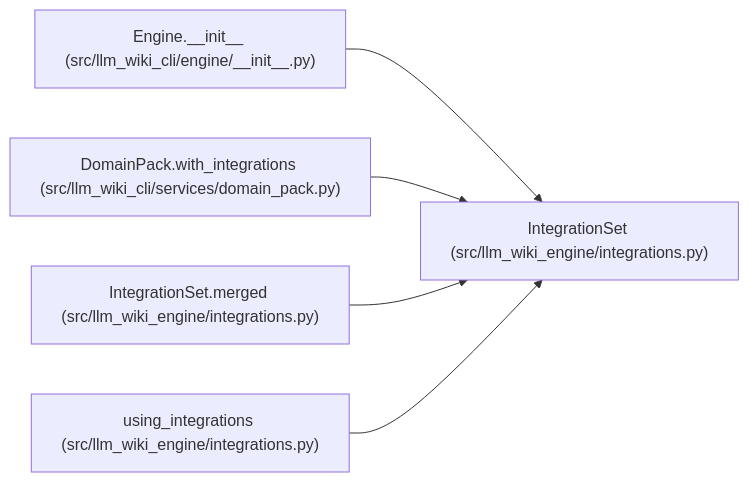
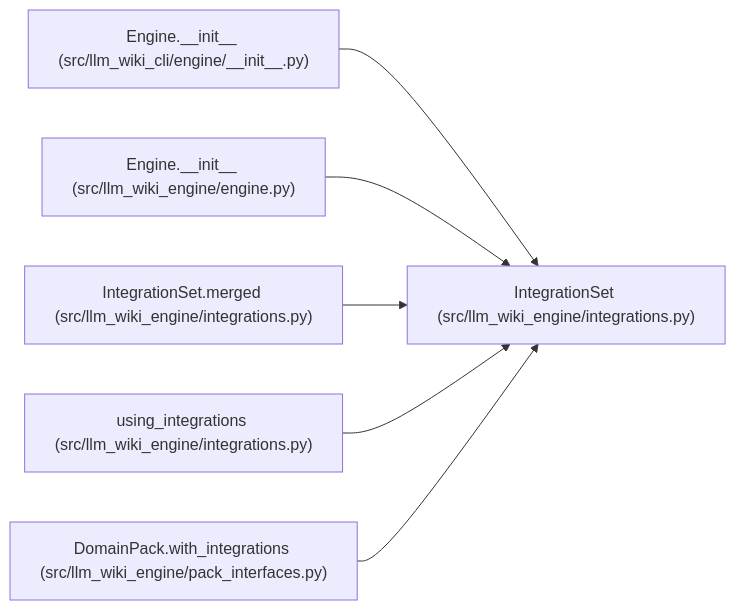
One commit to Denissvgn/python-wiki-llm changed the diagram in docs/llm_wiki/entities/IntegrationSet.md. Above: the diagram before and after it, drawn with Mermaid. The commit also changed other lines of this file and 719 other files, not shown here.

Commit message:
docs: refresh the wiki for the engine's own use cases

````diff
--- a/docs/llm_wiki/entities/IntegrationSet.md
+++ b/docs/llm_wiki/entities/IntegrationSet.md
@@ -35,17 +35,20 @@
 ```mermaid
 flowchart LR
     n0["IntegrationSet (src/llm_wiki_engine/integrations.py)"]
     n1["Engine.__init__ (src/llm_wiki_cli/engine/__init__.py)"]
-    n2["DomainPack.with_integrations (src/llm_wiki_cli/services/domain_pack.py)"]
+    n2["Engine.__init__ (src/llm_wiki_engine/engine.py)"]
     n3["IntegrationSet.merged (src/llm_wiki_engine/integrations.py)"]
     n4["using_integrations (src/llm_wiki_engine/integrations.py)"]
+    n5["DomainPack.with_integrations (src/llm_wiki_engine/pack_interfaces.py)"]
     n1 --> n0
     n2 --> n0
     n3 --> n0
     n4 --> n0
+    n5 --> n0
     click n0 "../modules/integrations.md"
     click n1 "../modules/engine___init__.md"
-    click n2 "../modules/domain_pack.md"
+    click n2 "../modules/engine.md"
     click n3 "../modules/integrations.md"
     click n4 "../modules/integrations.md"
+    click n5 "../modules/pack_interfaces.md"
 ```
````
